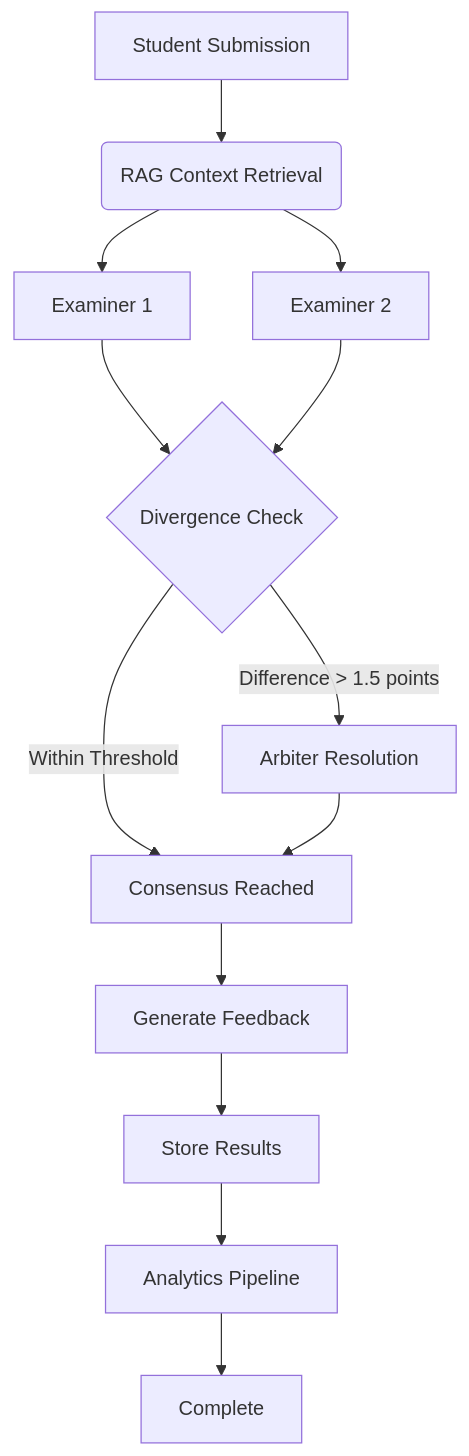
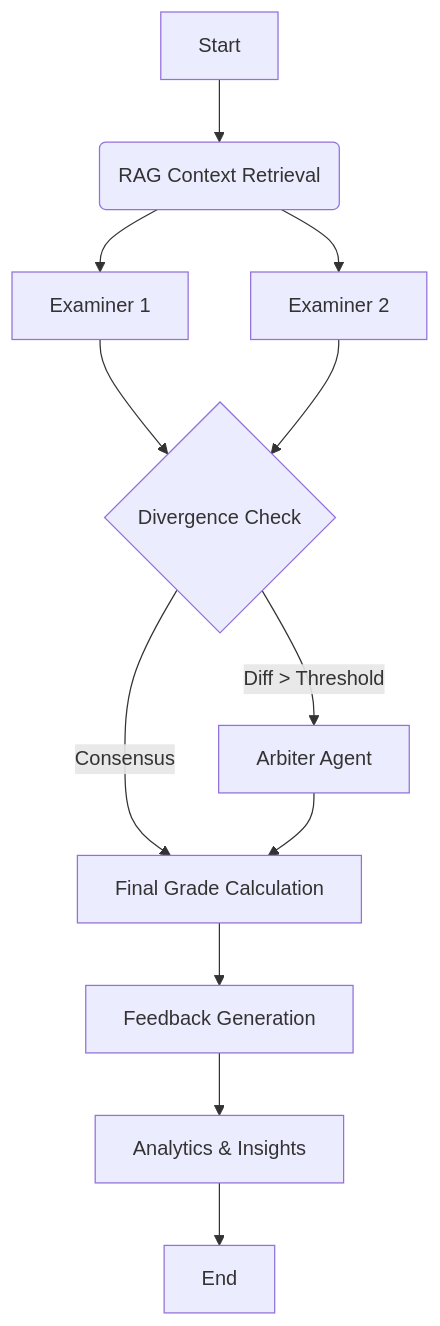
One commit to savinoo/ai-grading-system changed the diagram in README.md. Above: the diagram before and after it, drawn with Mermaid. The commit also changed other lines of this file and 48 other files, not shown here.

````diff
--- a/README.md
+++ b/README.md
@@ -34,15 +21,14 @@
 ```mermaid
 graph TD
-    A[Student Submission] --> B(RAG Context Retrieval)
+    A[Start] --> B(RAG Context Retrieval)
     B --> C1[Examiner 1]
     B --> C2[Examiner 2]
     C1 --> D{Divergence Check}
     C2 --> D
-    D -->|Difference &gt; 1.5 points| E[Arbiter Resolution]
-    D -->|Within Threshold| F[Consensus Reached]
+    D -- "Diff > Threshold" --> E[Arbiter Agent]
+    D -- "Consensus" --> F[Final Grade Calculation]
     E --> F
-    F --> G[Generate Feedback]
-    G --> H[Store Results]
-    H --> I[Analytics Pipeline]
-    I --> J[Complete]
+    F --> G[Feedback Generation]
+    G --> H[Analytics & Insights]
+    H --> I[End]
 ```
````
